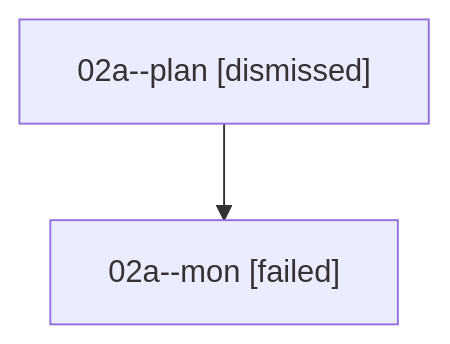
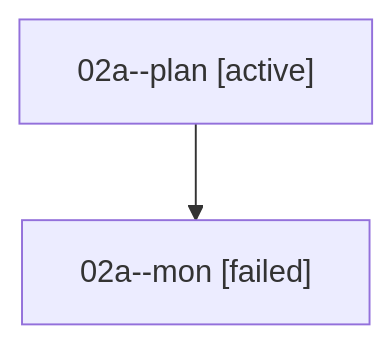
The diagram in families/bbugyi200.athena.02a.md (bobs-org/bob-cli--agents), drawn with Mermaid before and after one commit. The commit also changed other lines of this file and 1279 other files, not shown here.

````diff
--- a/families/bbugyi200.athena.02a.md
+++ b/families/bbugyi200.athena.02a.md
@@ -9,6 +9,6 @@
 ```mermaid
 flowchart TD
-  n0["02a--plan [dismissed]"]
+  n0["02a--plan [active]"]
   n1["02a--mon [failed]"]
   n0 --> n1
 ```
````
